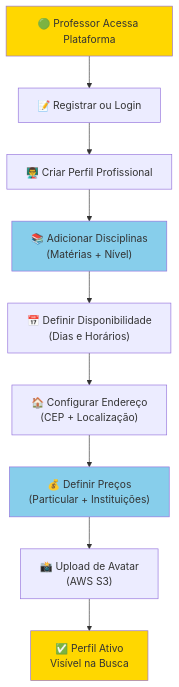
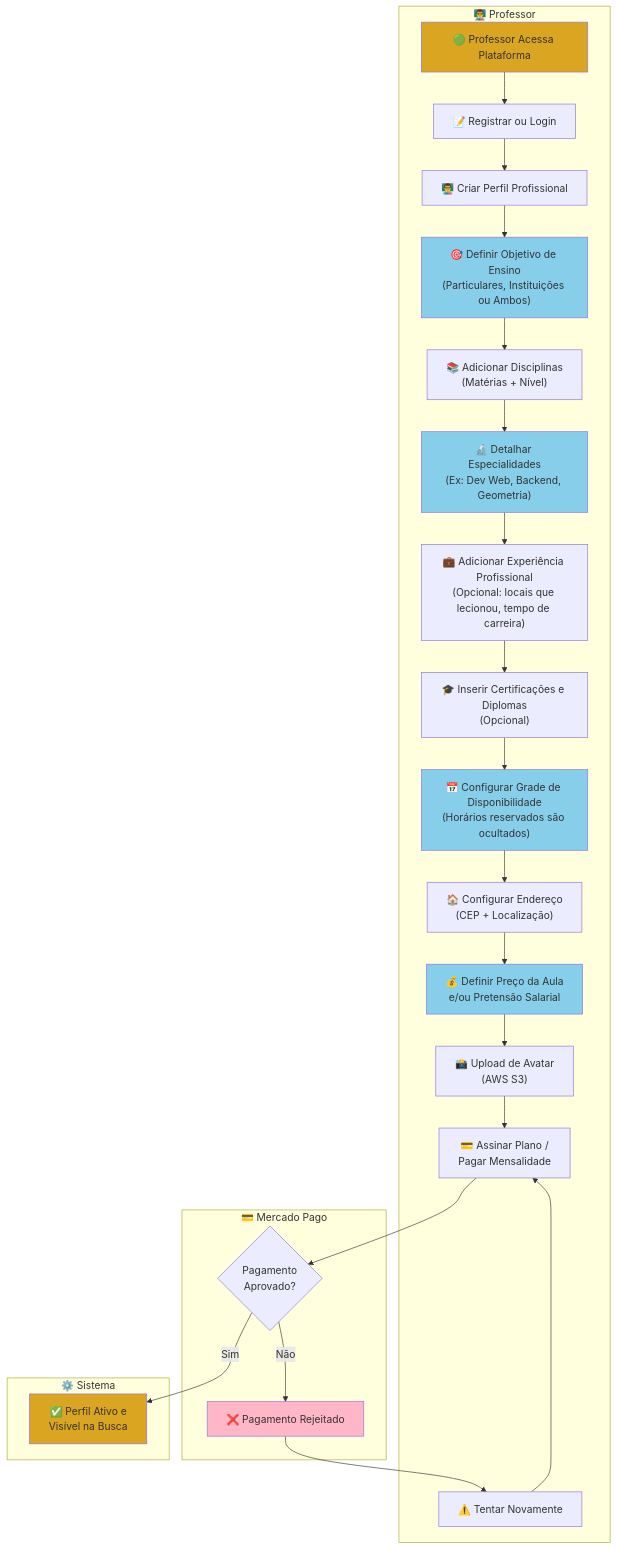
Before and after one commit to VictorHCSampaio/ConectaPro: the second of 10 diagrams in BPMN_DIAGRAM.md, drawn with Mermaid. The commit also changed other lines of this file, not shown here.

Commit message:
docs: atualiza diagrama BPMN com raias e matriz RACI final

````diff
--- a/BPMN_DIAGRAM.md
+++ b/BPMN_DIAGRAM.md
@@ -31,16 +62,54 @@
 ```mermaid
 graph TD
-    A["🟢 Professor Acessa Plataforma"] --> B["📝 Registrar ou Login"]
-    B --> C["👨‍🏫 Criar Perfil Profissional"]
-    C --> D["📚 Adicionar Disciplinas<br/>(Matérias + Nível)"]
-    D --> E["📅 Definir Disponibilidade<br/>(Dias e Horários)"]
-    E --> F["🏠 Configurar Endereço<br/>(CEP + Localização)"]
-    F --> G["💰 Definir Preços<br/>(Particular + Instituições)"]
-    G --> H["📸 Upload de Avatar<br/>(AWS S3)"]
-    H --> I["✅ Perfil Ativo<br/>Visível na Busca"]
-    
-    style A fill:#FFD700
-    style I fill:#FFD700
+    subgraph Professor["👨‍🏫 Professor"]
+        A["🟢 Professor Acessa Plataforma"]
+        B["📝 Registrar ou Login"]
+        C["👨‍🏫 Criar Perfil Profissional"]
+        D["🎯 Definir Objetivo de Ensino<br/>(Particulares, Instituições ou Ambos)"]
+        E["📚 Adicionar Disciplinas<br/>(Matérias + Nível)"]
+        F["🔬 Detalhar Especialidades<br/>(Ex: Dev Web, Backend, Geometria)"]
+        G["💼 Adicionar Experiência Profissional<br/>(Opcional: locais que lecionou, tempo de carreira)"]
+        H["🎓 Inserir Certificações e Diplomas<br/>(Opcional)"]
+        I["📅 Configurar Grade de Disponibilidade<br/>(Horários reservados são ocultados)"]
+        J["🏠 Configurar Endereço<br/>(CEP + Localização)"]
+        K["💰 Definir Preço da Aula<br/>e/ou Pretensão Salarial"]
+        L["📸 Upload de Avatar<br/>(AWS S3)"]
+        M["💳 Assinar Plano /<br/>Pagar Mensalidade"]
+        Q["⚠️ Tentar Novamente"]
+    end
+
+    subgraph MercadoPago["💳 Mercado Pago"]
+        N{Pagamento<br/>Aprovado?}
+        P["❌ Pagamento Rejeitado"]
+    end
+
+    subgraph Sistema["⚙️ Sistema"]
+        O["✅ Perfil Ativo e<br/>Visível na Busca"]
+    end
+
+    A --> B
+    B --> C
+    C --> D
+    D --> E
+    E --> F
+    F --> G
+    G --> H
+    H --> I
+    I --> J
+    J --> K
+    K --> L
+    L --> M
+    M --> N
+    N -->|Sim| O
+    N -->|Não| P
+    P --> Q
+    Q --> M
+
+    style A fill:#DAA520
+    style O fill:#DAA520
     style D fill:#87CEEB
-    style G fill:#87CEEB
+    style F fill:#87CEEB
+    style I fill:#87CEEB
+    style K fill:#87CEEB
+    style P fill:#FFB6C6
 ```
````
